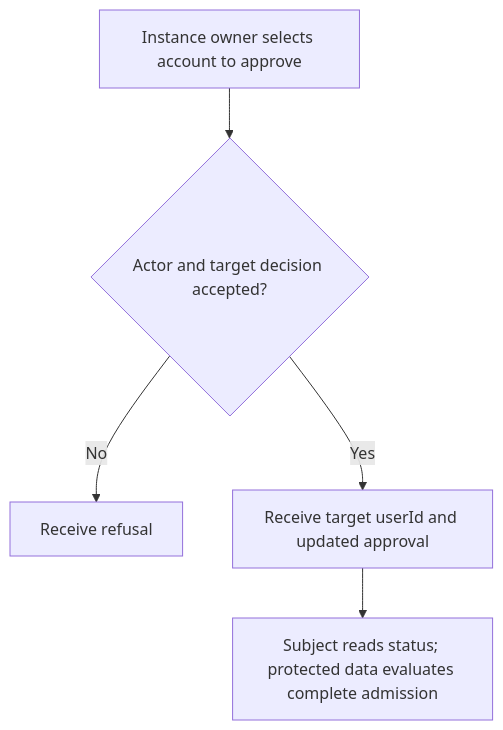
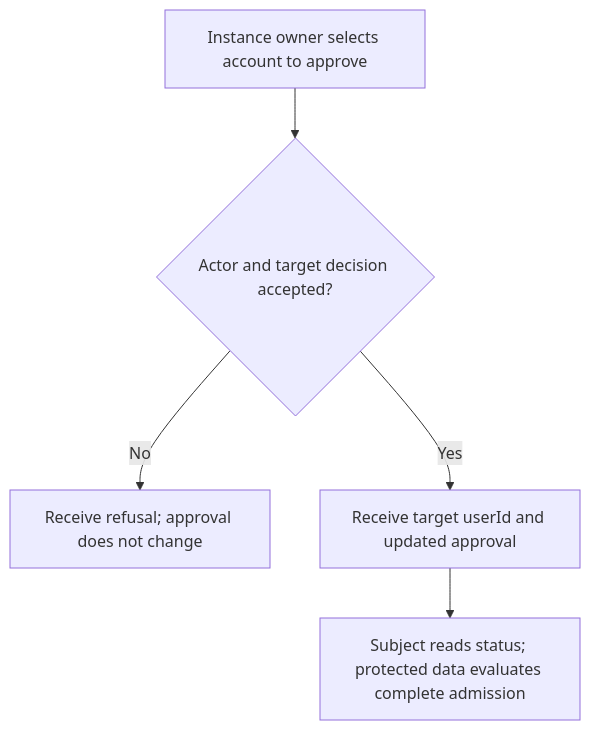
One commit to Kevinjohn/oss-adonisjs-starter-examples changed the first of 2 diagrams in user-stories/api/us-api-17-approve-admission.md. Above: the diagram before and after it, drawn with Mermaid. The commit also changed other lines of this file and 29 other files, not shown here.

````diff
--- a/user-stories/api/us-api-17-approve-admission.md
+++ b/user-stories/api/us-api-17-approve-admission.md
@@ -21,7 +21,7 @@
 ```mermaid
 flowchart TD
     A["Instance owner selects account to approve"] --> B{"Actor and target decision accepted?"}
-    B -->|No| C["Receive refusal"]
+    B -->|No| C["Receive refusal; approval does not change"]
     B -->|Yes| D["Receive target userId and updated approval"]
     D --> E["Subject reads status; protected data evaluates complete admission"]
 ```
````
